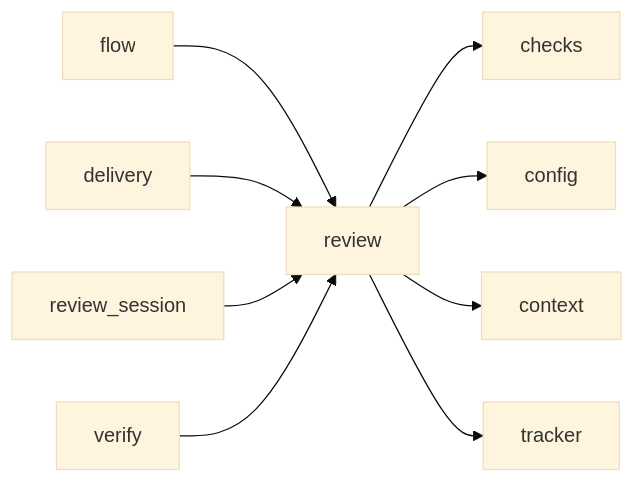
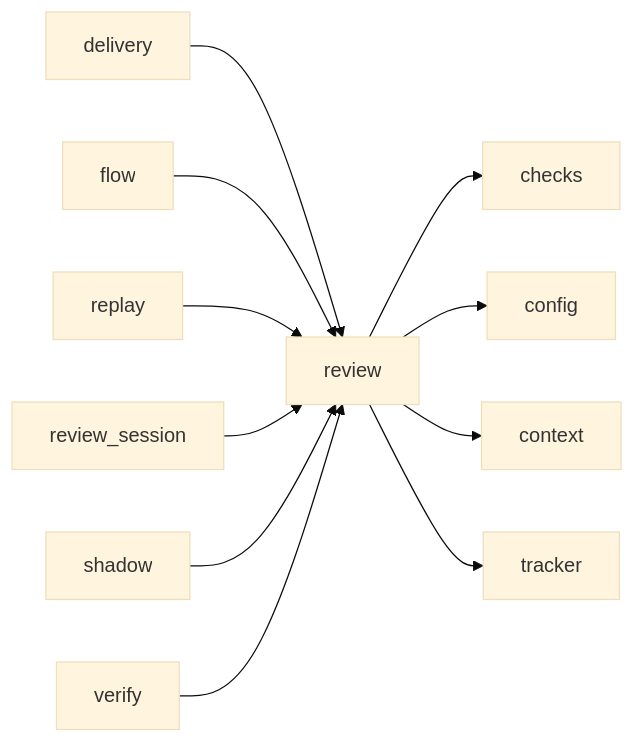
One commit to plaplanche/ariane changed the diagram in docs/architecture/modules/review.md. Above: the diagram before and after it, drawn with Mermaid (base theme). The commit also changed other lines of this file and 33 other files, not shown here.

Commit message:
#120: Generate the module dependency graphs of the architecture docs from the code (C25)

````diff
--- a/docs/architecture/modules/review.md
+++ b/docs/architecture/modules/review.md
@@ -19,11 +20,13 @@
 ```mermaid
 flowchart LR
+  delivery --> review
+  flow --> review
+  replay --> review
   review --> checks
   review --> config
   review --> context
   review --> tracker
-  flow --> review
-  delivery --> review
   review_session --> review
+  shadow --> review
   verify --> review
 ```
````
